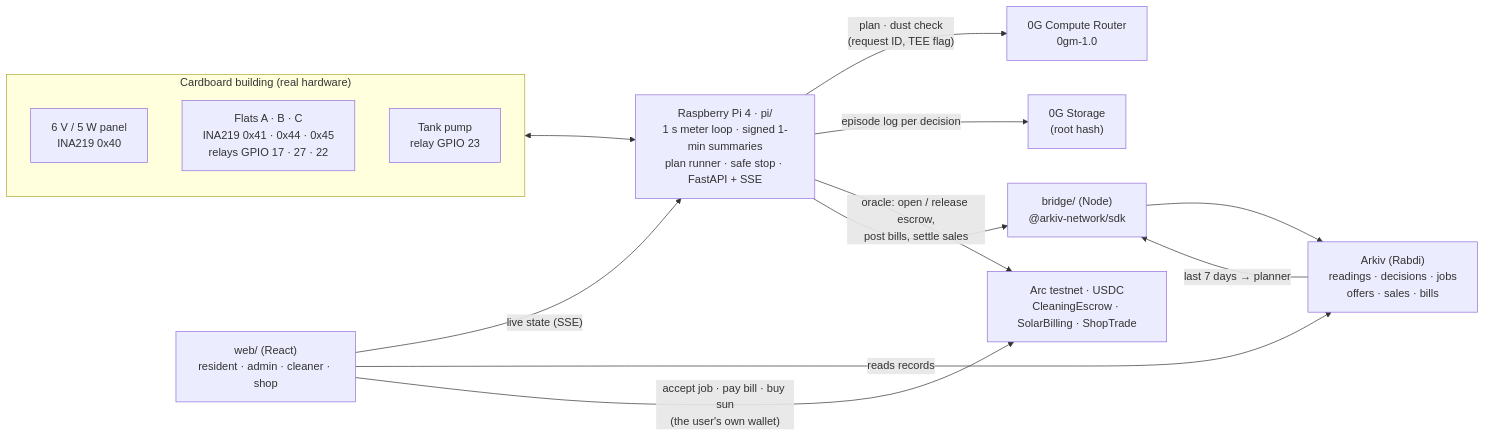
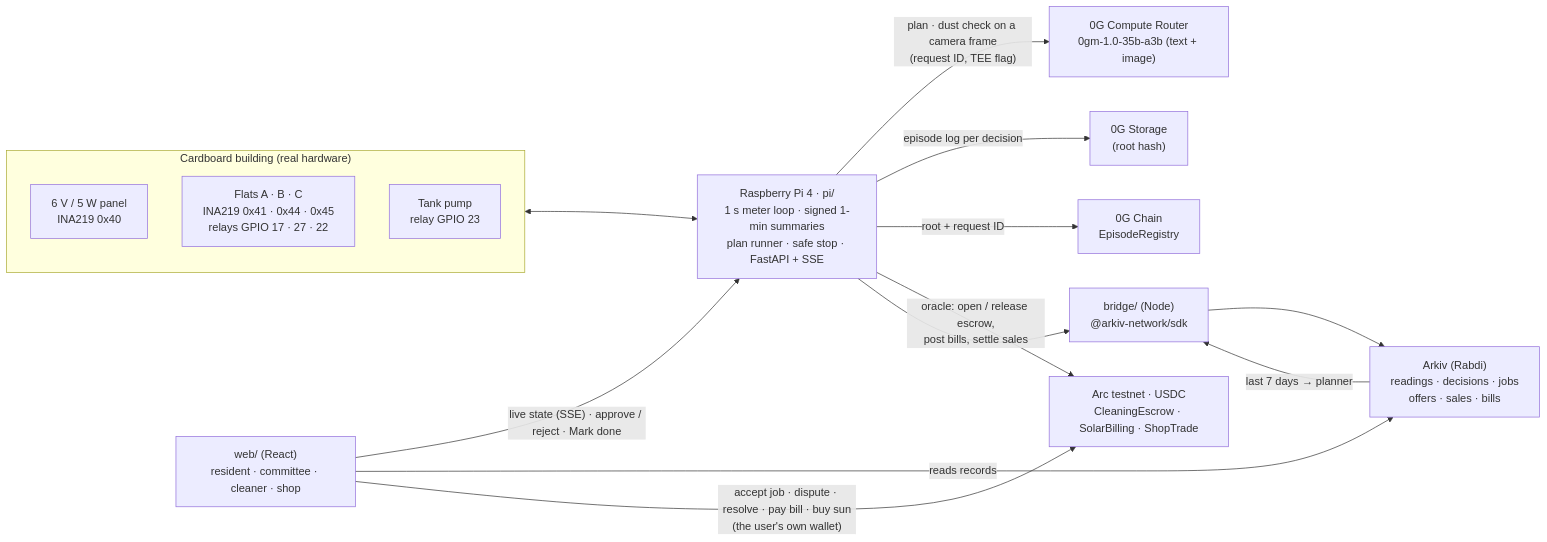
Before and after one commit to Om-Salunkhe/Dynaura: the diagram in README.md, drawn with Mermaid. The commit also changed other lines of this file, not shown here.

First line of the commit message:
docs: README for the v3 cleaning flow, on top of the 0G proofs

````diff
--- a/README.md
+++ b/README.md
@@ -49,19 +50,20 @@
 ```mermaid
 flowchart LR
   subgraph B["Cardboard building (real hardware)"]
     P["6 V / 5 W panel<br/>INA219 0x40"]
     F["Flats A · B · C<br/>INA219 0x41 · 0x44 · 0x45<br/>relays GPIO 17 · 27 · 22"]
     W["Tank pump<br/>relay GPIO 23"]
   end
   Pi["Raspberry Pi 4 · pi/<br/>1 s meter loop · signed 1-min summaries<br/>plan runner · safe stop · FastAPI + SSE"]
   B <--> Pi
-  Pi -- "plan · dust check<br/>(request ID, TEE flag)" --> ZC["0G Compute Router<br/>0gm-1.0"]
+  Pi -- "plan · dust check on a camera frame<br/>(request ID, TEE flag)" --> ZC["0G Compute Router<br/>0gm-1.0-35b-a3b (text + image)"]
   Pi -- "episode log per decision" --> ZS["0G Storage<br/>(root hash)"]
+  Pi -- "root + request ID" --> ZR["0G Chain<br/>EpisodeRegistry"]
   Pi -- "oracle: open / release escrow,<br/>post bills, settle sales" --> Arc["Arc testnet · USDC<br/>CleaningEscrow · SolarBilling · ShopTrade"]
   Pi --> Br["bridge/ (Node)<br/>@arkiv-network/sdk"]
   Br --> Ak["Arkiv (Rabdi)<br/>readings · decisions · jobs<br/>offers · sales · bills"]
   Ak -- "last 7 days → planner" --> Br
-  Web["web/ (React)<br/>resident · admin · cleaner · shop"] -- "live state (SSE)" --> Pi
+  Web["web/ (React)<br/>resident · committee · cleaner · shop"] -- "live state (SSE) · approve / reject · Mark done" --> Pi
   Web -- "reads records" --> Ak
-  Web -- "accept job · pay bill · buy sun<br/>(the user's own wallet)" --> Arc
+  Web -- "accept job · dispute · resolve · pay bill · buy sun<br/>(the user's own wallet)" --> Arc
 ```
````
